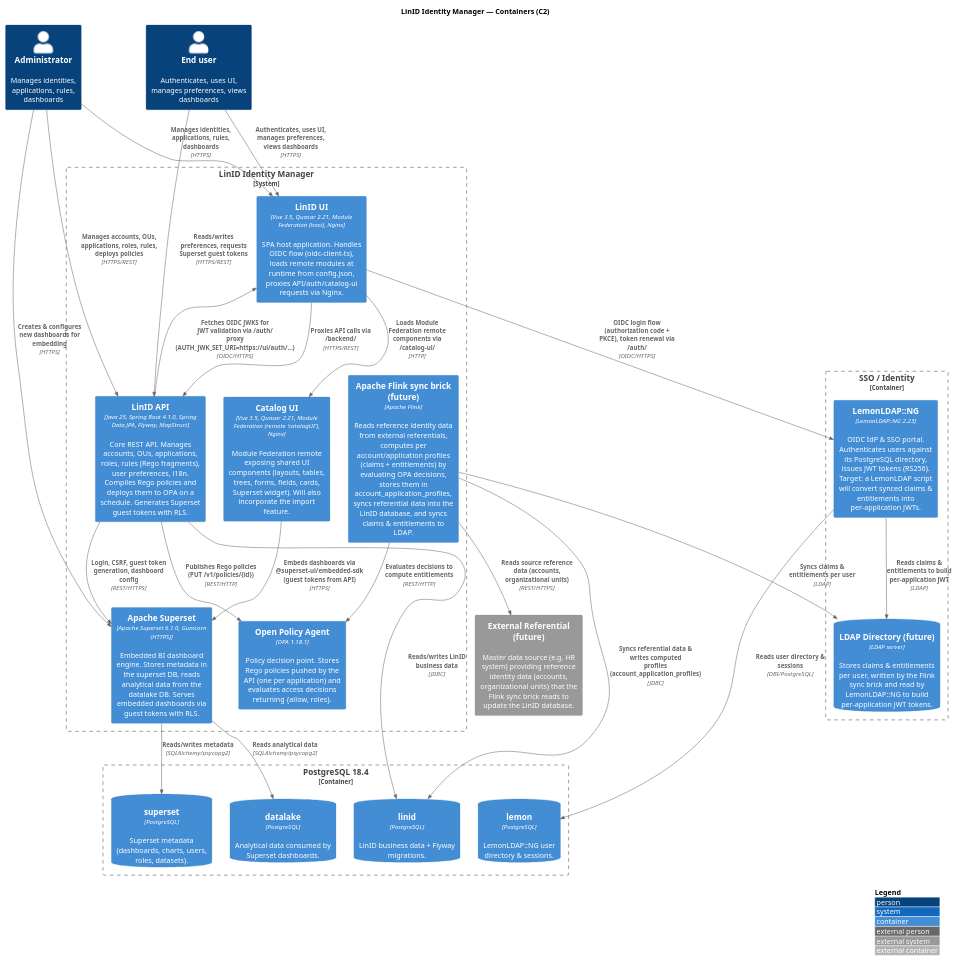
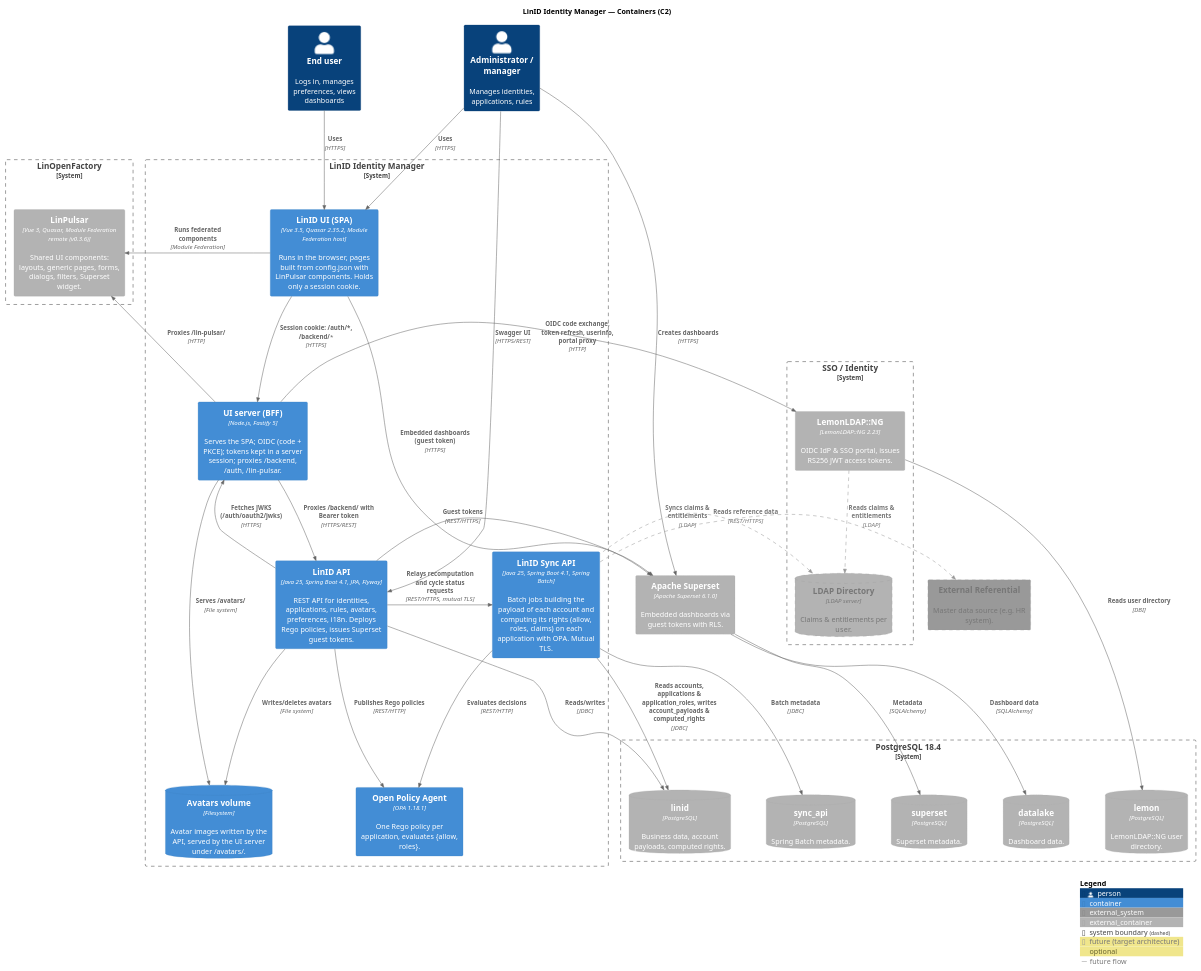
The diagram in docs/c4/C2-containers.puml (linagora/linid-identity-manager), drawn with PlantUML before and after one commit. The commit also changed 8 other files, not shown here.

Commit message:
docs: improve c1-c3 schemas

```diff
--- a/docs/c4/C2-containers.puml
+++ b/docs/c4/C2-containers.puml
@@ -1,81 +1,98 @@
 @startuml C2-Containers
 ' ============================================================================
 ' LinID Identity Manager — C4 Level 2: Containers
 ' ============================================================================
-!include https://raw.githubusercontent.com/plantuml-stdlib/C4-PlantUML/master/C4_Container.puml
+!include https://raw.githubusercontent.com/plantuml-stdlib/C4-PlantUML/v2.13.0/C4_Container.puml
 
-LAYOUT_WITH_LEGEND()
+AddElementTag("future", $fontColor="#777777", $borderColor="#999999", $borderStyle=DashedLine(), $legendText="future (target architecture)")
+AddElementTag("optional", $borderStyle=DottedLine(), $legendText="optional")
+AddRelTag("future", $textColor="#777777", $lineColor="#999999", $lineStyle=DashedLine(), $legendText="future flow")
+
+' Layout: users on top, LinOpenFactory & SSO on the left, LinID in the middle,
+' Superset & future referential on the right, PostgreSQL at the bottom.
+LAYOUT_TOP_DOWN()
+HIDE_STEREOTYPE()
+skinparam nodesep 70
+skinparam ranksep 90
+
 title LinID Identity Manager — Containers (C2)
 
 ' --- Actors -----------------------------------------------------------------
-Person(admin, "Administrator", "Manages identities, applications, rules, dashboards")
-Person(enduser, "End user", "Authenticates, uses UI, manages preferences, views dashboards")
+Person(admin, "Administrator / manager", "Manages identities, applications, rules")
+Person(enduser, "End user", "Logs in, manages preferences, views dashboards")
 
-System_Boundary(linid, "LinID Identity Manager") {
-
-  ' --- Frontend -----------------------------------------------------------
-  Container(ui, "LinID UI", "Vue 3.5, Quasar 2.21, Module Federation (host), Nginx", "SPA host application. Handles OIDC flow (oidc-client-ts), loads remote modules at runtime from config.json, proxies API/auth/catalog-ui requests via Nginx.")
-  Container(catalog_ui, "Catalog UI", "Vue 3.5, Quasar 2.21, Module Federation (remote 'catalogUI'), Nginx", "Module Federation remote exposing shared UI components (layouts, tables, trees, forms, fields, cards, Superset widget). Will also incorporate the import feature.")
-
-  ' --- Backend ------------------------------------------------------------
-  Container(api, "LinID API", "Java 25, Spring Boot 4.1.0, Spring Data JPA, Flyway, MapStruct", "Core REST API. Manages accounts, OUs, applications, roles, rules (Rego fragments), user preferences, i18n. Compiles Rego policies and deploys them to OPA on a schedule. Generates Superset guest tokens with RLS.")
-
-  ' --- Future: sync brick -------------------------------------------------
-  Container(flink, "Apache Flink sync brick (future)", "Apache Flink", "Reads reference identity data from external referentials, computes per account/application profiles (claims + entitlements) by evaluating OPA decisions, stores them in account_application_profiles, syncs referential data into the LinID database, and syncs claims & entitlements to LDAP.")
-
-  ' --- Policy & Analytics (configured off-the-shelf tools) ----------------
-  Container(opa, "Open Policy Agent", "OPA 1.18.1", "Policy decision point. Stores Rego policies pushed by the API (one per application) and evaluates access decisions returning {allow, roles}.")
-  Container(superset, "Apache Superset", "Apache Superset 6.1.0, Gunicorn (HTTPS)", "Embedded BI dashboard engine. Stores metadata in the superset DB, reads analytical data from the datalake DB. Serves embedded dashboards via guest tokens with RLS.")
+' --- Left: LinOpenFactory & SSO ---------------------------------------------
+System_Boundary(lof, "LinOpenFactory") {
+  Container_Ext(lin_pulsar, "LinPulsar", "Vue 3, Quasar, Module Federation remote (v0.3.6)", "Shared UI components: layouts, generic pages, forms, dialogs, filters, Superset widget.")
 }
 
-' --- SSO boundary (current + future) ---------------------------------------
-Container_Boundary(sso, "SSO / Identity") {
-  Container(auth, "LemonLDAP::NG", "LemonLDAP::NG 2.23", "OIDC IdP & SSO portal. Authenticates users against its PostgreSQL directory, issues JWT tokens (RS256). Target: a LemonLDAP script will convert synced claims & entitlements into per-application JWTs.")
-  ContainerDb(ldap, "LDAP Directory (future)", "LDAP server", "Stores claims & entitlements per user, written by the Flink sync brick and read by LemonLDAP::NG to build per-application JWT tokens.")
+System_Boundary(sso, "SSO / Identity") {
+  Container_Ext(auth, "LemonLDAP::NG", "LemonLDAP::NG 2.23", "OIDC IdP & SSO portal, issues RS256 JWT access tokens.")
+  ContainerDb_Ext(ldap, "LDAP Directory", "LDAP server", "Claims & entitlements per user.", $tags="future")
 }
 
-' --- External data store ---------------------------------------------------
-Container_Boundary(postgres, "PostgreSQL 18.4") {
-  ContainerDb(db_linid, "linid", "PostgreSQL", "LinID business data + Flyway migrations.")
-  ContainerDb(db_lemon, "lemon", "PostgreSQL", "LemonLDAP::NG user directory & sessions.")
-  ContainerDb(db_superset, "superset", "PostgreSQL", "Superset metadata (dashboards, charts, users, roles, datasets).")
-  ContainerDb(db_datalake, "datalake", "PostgreSQL", "Analytical data consumed by Superset dashboards.")
+' --- Middle: LinID ----------------------------------------------------------------
+System_Boundary(linid, "LinID Identity Manager") {
+  Container(spa, "LinID UI (SPA)", "Vue 3.5, Quasar 2.35.2, Module Federation host", "Runs in the browser, pages built from config.json with LinPulsar components. Holds only a session cookie.")
+  Container(bff, "UI server (BFF)", "Node.js, Fastify 5", "Serves the SPA; OIDC (code + PKCE); tokens kept in a server session; proxies /backend, /auth, /lin-pulsar.")
+  Container(api, "LinID API", "Java 25, Spring Boot 4.1, JPA, Flyway", "REST API for identities, applications, rules, avatars, preferences, i18n. Deploys Rego policies, issues Superset guest tokens.")
+  Container(sync_api, "LinID Sync API", "Java 25, Spring Boot 4.1, Spring Batch", "Batch jobs building the payload of each account and computing its rights (allow, roles, claims) on each application with OPA. Mutual TLS.")
+  Container(opa, "Open Policy Agent", "OPA 1.18.1", "One Rego policy per application, evaluates {allow, roles}.")
+  ContainerDb(avatars, "Avatars volume", "Filesystem", "Avatar images written by the API, served by the UI server under /avatars/.")
 }
 
-' --- External containers (future) ------------------------------------------
-System_Ext(referentiel, "External Referential (future)", "Master data source (e.g. HR system) providing reference identity data (accounts, organizational units) that the Flink sync brick reads to update the LinID database.")
+' --- Right: Superset & future referential -----------------------------------------
+Container_Ext(superset, "Apache Superset", "Apache Superset 6.1.0", "Embedded dashboards via guest tokens with RLS.", $tags="optional")
+System_Ext(referentiel, "External Referential", "Master data source (e.g. HR system).", $tags="future")
 
-' --- Relationships: actors -> containers -----------------------------------
-Rel(admin, ui, "Manages identities, applications, rules, dashboards", "HTTPS")
-Rel(enduser, ui, "Authenticates, uses UI, manages preferences, views dashboards", "HTTPS")
-Rel(admin, api, "Manages accounts, OUs, applications, roles, rules, deploys policies", "HTTPS/REST")
-Rel(admin, superset, "Creates & configures new dashboards for embedding", "HTTPS")
-Rel(enduser, api, "Reads/writes preferences, requests Superset guest tokens", "HTTPS/REST")
+' --- Bottom: PostgreSQL (ordered to sit under their clients) ------------------------
+System_Boundary(postgres, "PostgreSQL 18.4") {
+  ContainerDb_Ext(db_lemon, "lemon", "PostgreSQL", "LemonLDAP::NG user directory.")
+  ContainerDb_Ext(db_linid, "linid", "PostgreSQL", "Business data, account payloads, computed rights.")
+  ContainerDb_Ext(db_sync, "sync_api", "PostgreSQL", "Spring Batch metadata.")
+  ContainerDb_Ext(db_superset, "superset", "PostgreSQL", "Superset metadata.", $tags="optional")
+  ContainerDb_Ext(db_datalake, "datalake", "PostgreSQL", "Dashboard data.", $tags="optional")
+}
+Lay_R(db_lemon, db_linid)
+Lay_R(db_linid, db_sync)
+Lay_R(db_sync, db_superset)
+Lay_R(db_superset, db_datalake)
 
-' --- Relationships: frontend -----------------------------------------------
-Rel(ui, api, "Proxies API calls via /backend/", "HTTPS/REST")
-Rel(ui, auth, "OIDC login flow (authorization code + PKCE), token renewal via /auth/", "OIDC/HTTPS")
-Rel(ui, catalog_ui, "Loads Module Federation remote components via /catalog-ui/", "HTTP")
-Rel(catalog_ui, superset, "Embeds dashboards via @superset-ui/embedded-sdk (guest tokens from API)", "HTTPS")
+' --- Relationships: actors ---------------------------------------------------
+Rel_D(admin, spa, "Uses", "HTTPS")
+Rel_D(enduser, spa, "Uses", "HTTPS")
+Rel(admin, api, "Swagger UI", "HTTPS/REST")
+Rel_D(admin, superset, "Creates dashboards", "HTTPS")
 
-' --- Relationships: backend -------------------------------------------------
-Rel(api, db_linid, "Reads/writes LinID business data", "JDBC")
-Rel(api, ui, "Fetches OIDC JWKS for JWT validation via /auth/ proxy (AUTH_JWK_SET_URI=https://ui/auth/...)", "OIDC/HTTPS")
-Rel(api, opa, "Publishes Rego policies (PUT /v1/policies/{id})", "REST/HTTP")
-Rel(api, superset, "Login, CSRF, guest token generation, dashboard config", "REST/HTTPS")
+' --- Relationships: frontend -------------------------------------------------
+Rel_D(spa, bff, "Session cookie: /auth/*, /backend/*", "HTTPS")
+Rel_L(spa, lin_pulsar, "Runs federated components", "Module Federation")
+Rel_R(spa, superset, "Embedded dashboards (guest token)", "HTTPS")
+Rel_L(bff, auth, "OIDC code exchange, token refresh, userinfo, portal proxy", "HTTP")
+Rel_U(bff, lin_pulsar, "Proxies /lin-pulsar/", "HTTP")
+Rel_D(bff, api, "Proxies /backend/ with Bearer token", "HTTPS/REST")
 
-' --- Relationships: LemonLDAP ----------------------------------------------
-Rel(auth, db_lemon, "Reads user directory & sessions", "DBI/PostgreSQL")
+' --- Relationships: backend ---------------------------------------------------
+Rel_U(api, bff, "Fetches JWKS (/auth/oauth2/jwks)", "HTTPS")
+Rel_R(api, sync_api, "Relays recomputation and cycle status requests", "REST/HTTPS, mutual TLS")
+Rel_D(api, opa, "Publishes Rego policies", "REST/HTTP")
+Rel_R(api, superset, "Guest tokens", "REST/HTTPS")
+Rel_D(api, db_linid, "Reads/writes", "JDBC")
+Rel_D(api, avatars, "Writes/deletes avatars", "File system")
+Rel_D(bff, avatars, "Serves /avatars/", "File system")
 
-' --- Relationships: Superset -----------------------------------------------
-Rel(superset, db_superset, "Reads/writes metadata", "SQLAlchemy/psycopg2")
-Rel(superset, db_datalake, "Reads analytical data", "SQLAlchemy/psycopg2")
+Rel_D(sync_api, opa, "Evaluates decisions", "REST/HTTP")
+Rel_D(sync_api, db_linid, "Reads accounts, applications & application_roles, writes account_payloads & computed_rights", "JDBC")
+Rel_D(sync_api, db_sync, "Batch metadata", "JDBC")
 
-' --- Relationships: future sync brick --------------------------------------
-Rel(flink, referentiel, "Reads source reference data (accounts, organizational units)", "REST/HTTPS")
-Rel(flink, opa, "Evaluates decisions to compute entitlements", "REST/HTTP")
-Rel(flink, db_linid, "Syncs referential data & writes computed profiles (account_application_profiles)", "JDBC")
-Rel(flink, ldap, "Syncs claims & entitlements per user", "LDAP")
-Rel(auth, ldap, "Reads claims & entitlements to build per-application JWT", "LDAP")
+Rel_D(auth, db_lemon, "Reads user directory", "DBI")
+Rel_D(superset, db_superset, "Metadata", "SQLAlchemy")
+Rel_D(superset, db_datalake, "Dashboard data", "SQLAlchemy")
 
+' --- Relationships: future -----------------------------------------------------
+Rel_R(sync_api, referentiel, "Reads reference data", "REST/HTTPS", $tags="future")
+Rel_L(sync_api, ldap, "Syncs claims & entitlements", "LDAP", $tags="future")
+Rel_D(auth, ldap, "Reads claims & entitlements", "LDAP", $tags="future")
+
+SHOW_LEGEND()
 @enduml
```
